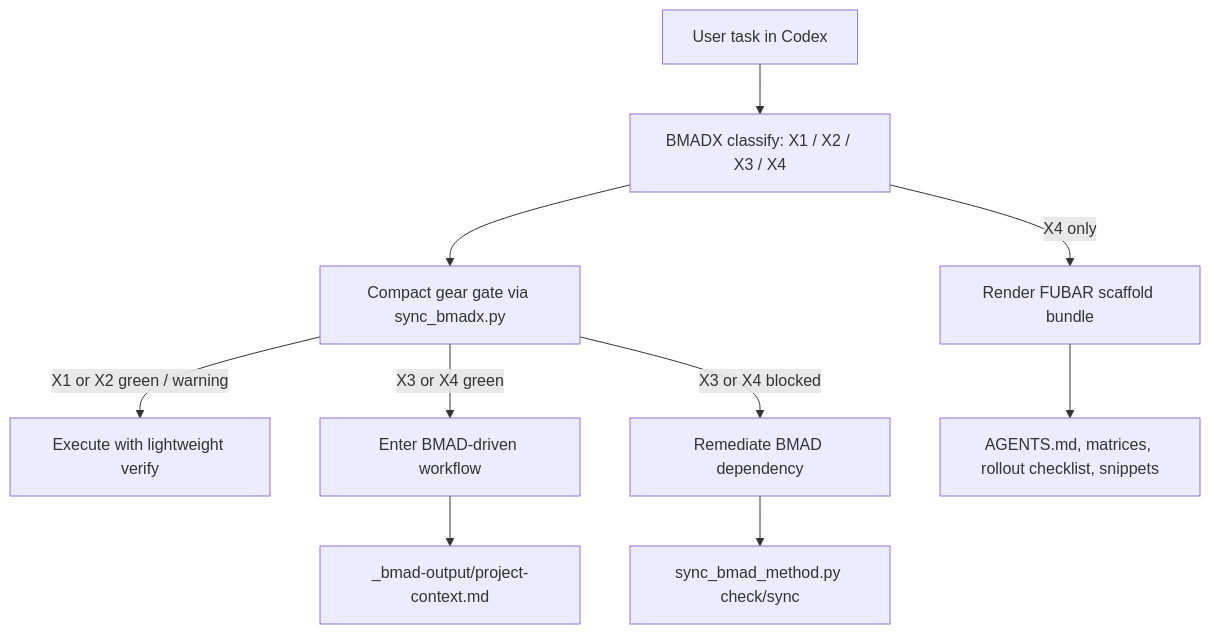
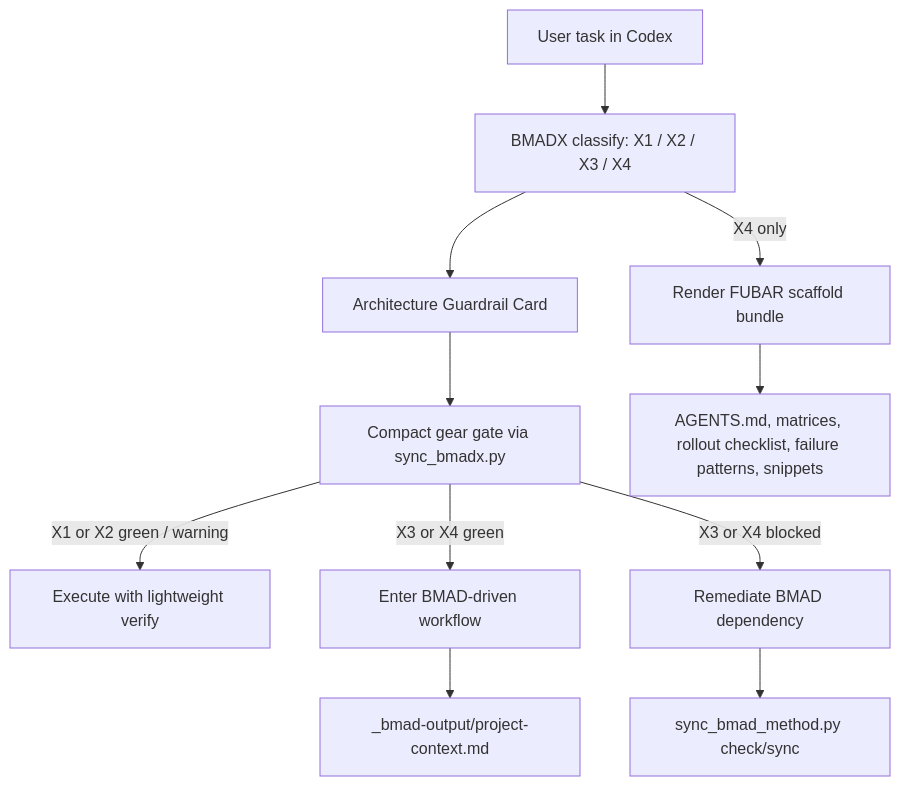
One commit to pdurlej/BMADX changed the diagram in docs/architecture.md. Above: the diagram before and after it, drawn with Mermaid. The commit also changed other lines of this file and 43 other files, not shown here.

Commit message:
Add non-technical architecture guardrail stack

````diff
--- a/docs/architecture.md
+++ b/docs/architecture.md
@@ -21,12 +21,13 @@
 ```mermaid
 flowchart TD
     U["User task in Codex"] --> C["BMADX classify: X1 / X2 / X3 / X4"]
-    C --> G["Compact gear gate via sync_bmadx.py"]
+    C --> AC["Architecture Guardrail Card"]
+    AC --> G["Compact gear gate via sync_bmadx.py"]
     G -->|X1 or X2 green / warning| E["Execute with lightweight verify"]
     G -->|X3 or X4 green| B["Enter BMAD-driven workflow"]
     G -->|X3 or X4 blocked| R["Remediate BMAD dependency"]
     B --> P["_bmad-output/project-context.md"]
     C -->|X4 only| F["Render FUBAR scaffold bundle"]
-    F --> A["AGENTS.md, matrices, rollout checklist, snippets"]
+    F --> A["AGENTS.md, matrices, rollout checklist, failure patterns, snippets"]
     R --> D["sync_bmad_method.py check/sync"]
 ```
````
